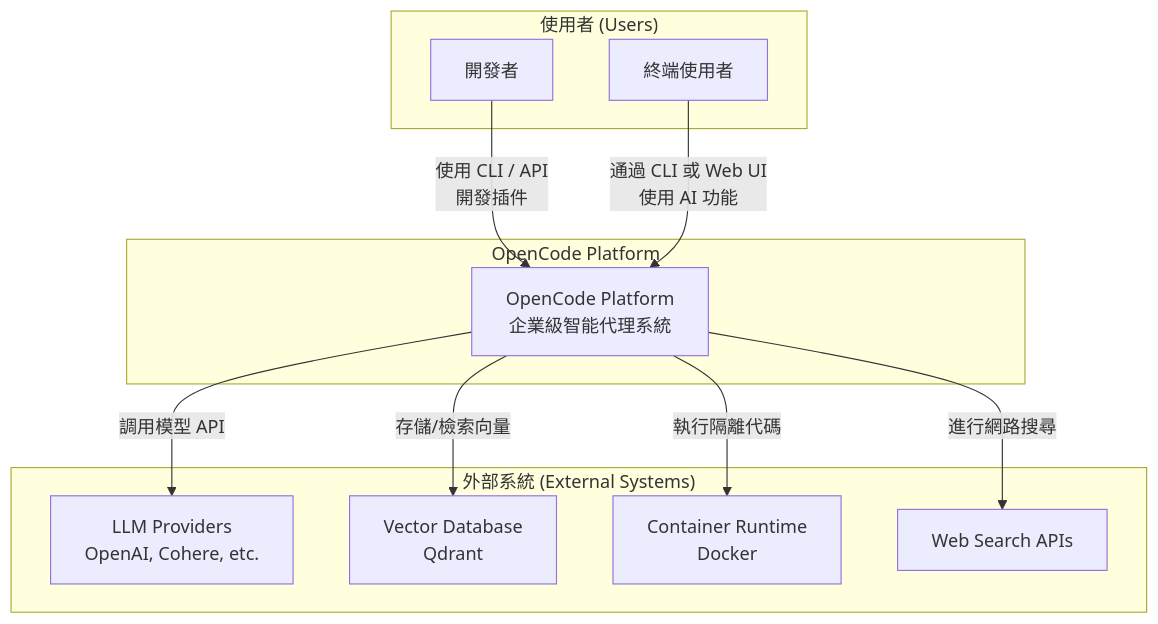
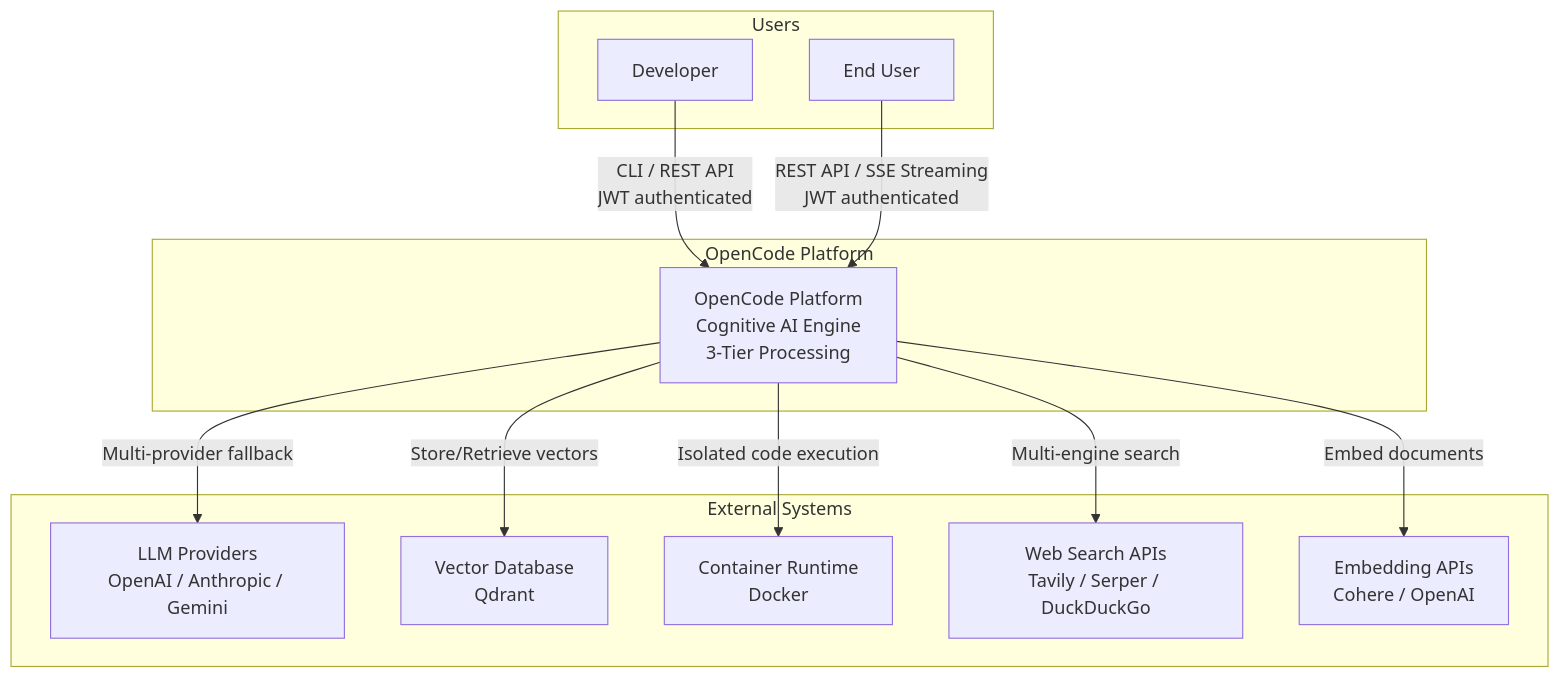
The first of 6 diagrams in Architecture_Refactoring_Toolkit/project_docs/06_architecture_and_design_document.md (Zenobia000/openagent_backend), drawn with Mermaid before and after one commit. The commit also changed other lines of this file and 108 other files, not shown here.

````diff
--- a/Architecture_Refactoring_Toolkit/project_docs/06_architecture_and_design_document.md
+++ b/Architecture_Refactoring_Toolkit/project_docs/06_architecture_and_design_document.md
@@ -37,26 +34,28 @@
 ```mermaid
 graph TB
-    subgraph "使用者 (Users)"
-        Developer[開發者]
-        EndUser[終端使用者]
+    subgraph "Users"
+        Developer[Developer]
+        EndUser[End User]
     end
 
     subgraph "OpenCode Platform"
-        OCP[OpenCode Platform<br/>企業級智能代理系統]
+        OCP[OpenCode Platform<br/>Cognitive AI Engine<br/>3-Tier Processing]
     end
 
-    subgraph "外部系統 (External Systems)"
-        LLM[LLM Providers<br/>OpenAI, Cohere, etc.]
+    subgraph "External Systems"
+        LLM[LLM Providers<br/>OpenAI / Anthropic / Gemini]
         VectorDB[Vector Database<br/>Qdrant]
         Container[Container Runtime<br/>Docker]
-        WebSearch[Web Search APIs]
+        WebSearch[Web Search APIs<br/>Tavily / Serper / DuckDuckGo]
+        Embedding[Embedding APIs<br/>Cohere / OpenAI]
     end
 
-    Developer -->|使用 CLI / API<br>開發插件| OCP
-    EndUser -->|通過 CLI 或 Web UI<br>使用 AI 功能| OCP
+    Developer -->|CLI / REST API<br/>JWT authenticated| OCP
+    EndUser -->|REST API / SSE Streaming<br/>JWT authenticated| OCP
 
-    OCP -->|調用模型 API| LLM
-    OCP -->|存儲/檢索向量| VectorDB
-    OCP -->|執行隔離代碼| Container
-    OCP -->|進行網路搜尋| WebSearch
+    OCP -->|Multi-provider fallback| LLM
+    OCP -->|Store/Retrieve vectors| VectorDB
+    OCP -->|Isolated code execution| Container
+    OCP -->|Multi-engine search| WebSearch
+    OCP -->|Embed documents| Embedding
 ```
````
